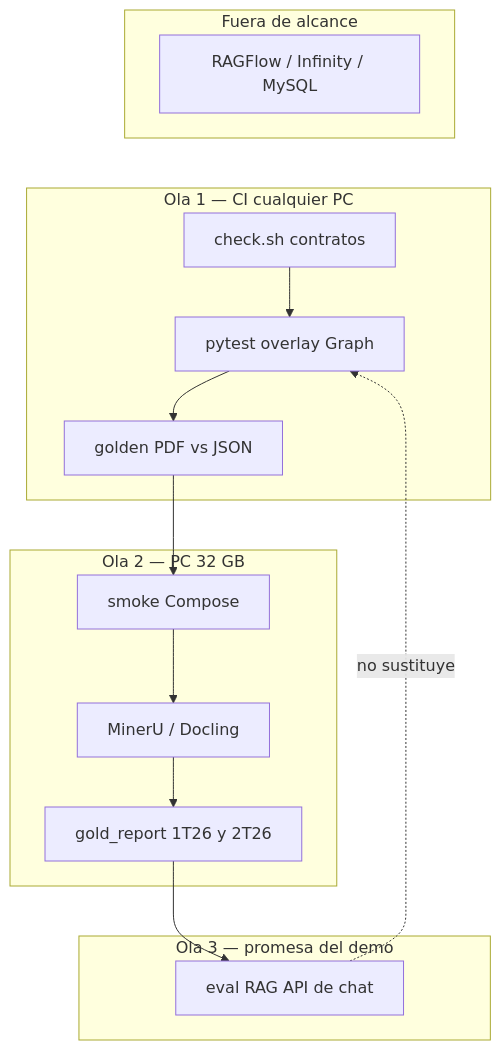
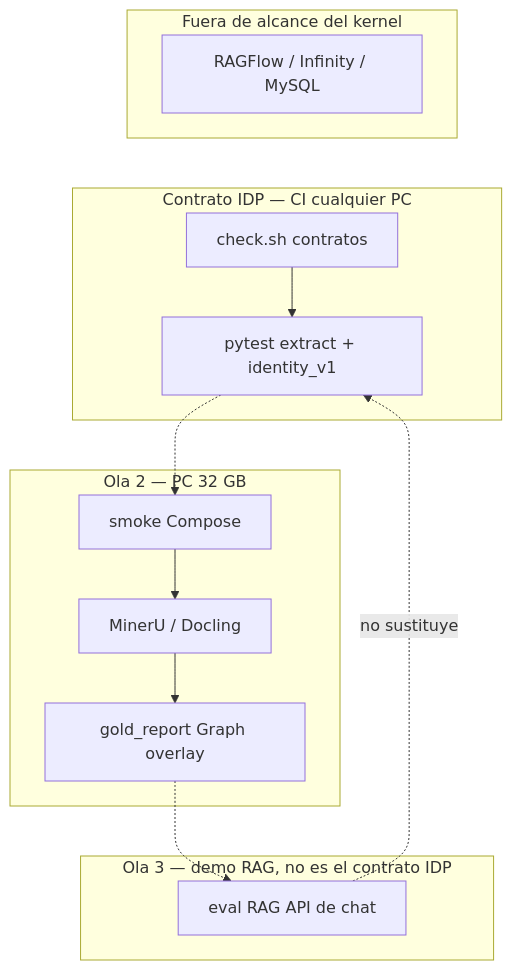
Before and after one commit to javi2481/LEDGERLENS: the first of 6 diagrams in docs/testing.md, drawn with Mermaid. The commit also changed other lines of this file and 25 other files, not shown here.

First line of the commit message:
Add an IDP extract-and-lookup kernel so identity evals skip RAGFlow.

````diff
--- a/docs/testing.md
+++ b/docs/testing.md
@@ -11,28 +18,27 @@
 ```mermaid
 flowchart TB
-  subgraph fuera [Fuera de alcance]
+  subgraph fuera [Fuera de alcance del kernel]
     V[RAGFlow / Infinity / MySQL]
   end
 
-  subgraph ola1 [Ola 1 — CI cualquier PC]
+  subgraph capa12 [Contrato IDP — CI cualquier PC]
     C[check.sh contratos]
-    U[pytest overlay Graph]
-    G[golden PDF vs JSON]
+    P[pytest extract + identity_v1]
   end
 
   subgraph ola2 [Ola 2 — PC 32 GB]
     S[smoke Compose]
-    P[MinerU / Docling]
-    H[gold_report 1T26 y 2T26]
+    M[MinerU / Docling]
+    H[gold_report Graph overlay]
   end
 
-  subgraph ola3 [Ola 3 — promesa del demo]
+  subgraph ola3 [Ola 3 — demo RAG, no es el contrato IDP]
     R[eval RAG API de chat]
   end
 
-  C --> U --> G
-  G --> S --> P --> H
-  H --> R
-  R -.->|no sustituye| U
+  C --> P
+  P -.-> S --> M --> H
+  H -.-> R
+  R -.->|no sustituye| P
   V ~~~ C
 ```
````
